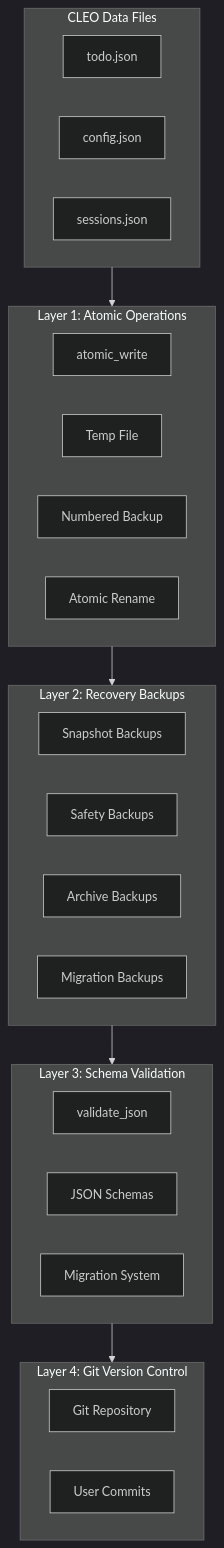
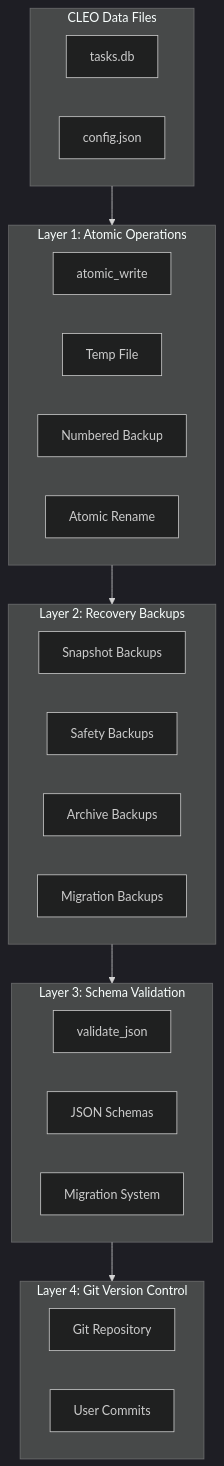
The first of 2 diagrams in docs/mintlify/concepts/backup-system.mdx (kryptobaseddev/cleo), drawn with Mermaid (dark theme) before and after one commit. The commit also changed other lines of this file and 103 other files, not shown here.

First line of the commit message:
docs: comprehensive documentation audit and Git Flow branching setup (T4556)

````diff
--- a/docs/mintlify/concepts/backup-system.mdx
+++ b/docs/mintlify/concepts/backup-system.mdx
@@ -17,38 +17,37 @@
 ```mermaid
 flowchart TB
     subgraph Layer4["Layer 4: Git Version Control"]
         Git[Git Repository]
         GitCommit[User Commits]
     end
 
     subgraph Layer3["Layer 3: Schema Validation"]
         Validate[validate_json]
         Schema[JSON Schemas]
         Migrate[Migration System]
     end
 
     subgraph Layer2["Layer 2: Recovery Backups"]
         Snapshot[Snapshot Backups]
         Safety[Safety Backups]
         Archive[Archive Backups]
         Migration[Migration Backups]
     end
 
     subgraph Layer1["Layer 1: Atomic Operations"]
         AtomicWrite[atomic_write]
         TempFile[Temp File]
         Backup[Numbered Backup]
         Rename[Atomic Rename]
     end
 
     subgraph Data["CLEO Data Files"]
-        Todo[todo.json]
+        TasksDB[tasks.db]
         Config[config.json]
-        Sessions[sessions.json]
     end
 
     Data --> Layer1
     Layer1 --> Layer2
     Layer2 --> Layer3
     Layer3 --> Layer4
 ```
````
